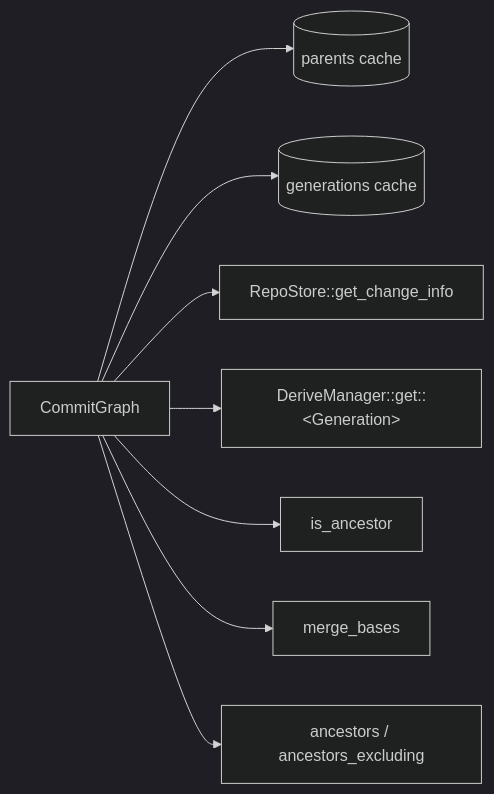
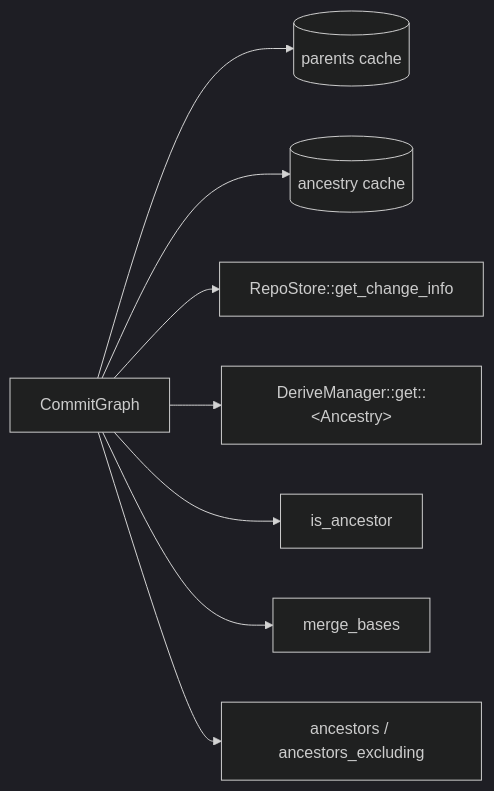
One commit to envoy1084/rill changed the diagram in architecture/03-core-algorithms/history-graph.md. Above: the diagram before and after it, drawn with Mermaid (dark theme). The commit also changed other lines of this file and 7 other files, not shown here.

````diff
--- a/architecture/03-core-algorithms/history-graph.md
+++ b/architecture/03-core-algorithms/history-graph.md
@@ -9,10 +12,10 @@
 ```mermaid
 flowchart LR
     CG[CommitGraph] --> P[(parents cache)]
-    CG --> G[(generations cache)]
+    CG --> G[(ancestry cache)]
     CG --> RS[RepoStore::get_change_info]
-    CG --> DM["DeriveManager::get::&lt;Generation&gt;"]
+    CG --> DM["DeriveManager::get::&lt;Ancestry&gt;"]
     CG --> IA[is_ancestor]
     CG --> MB[merge_bases]
     CG --> AN[ancestors / ancestors_excluding]
 ```
````
